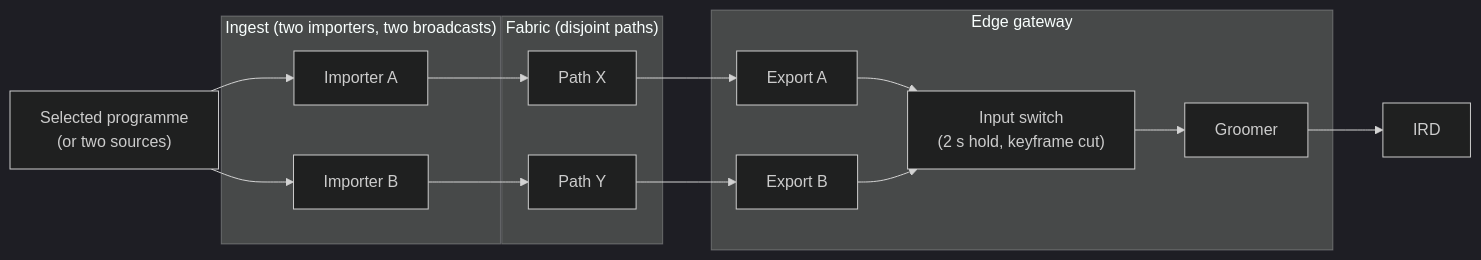
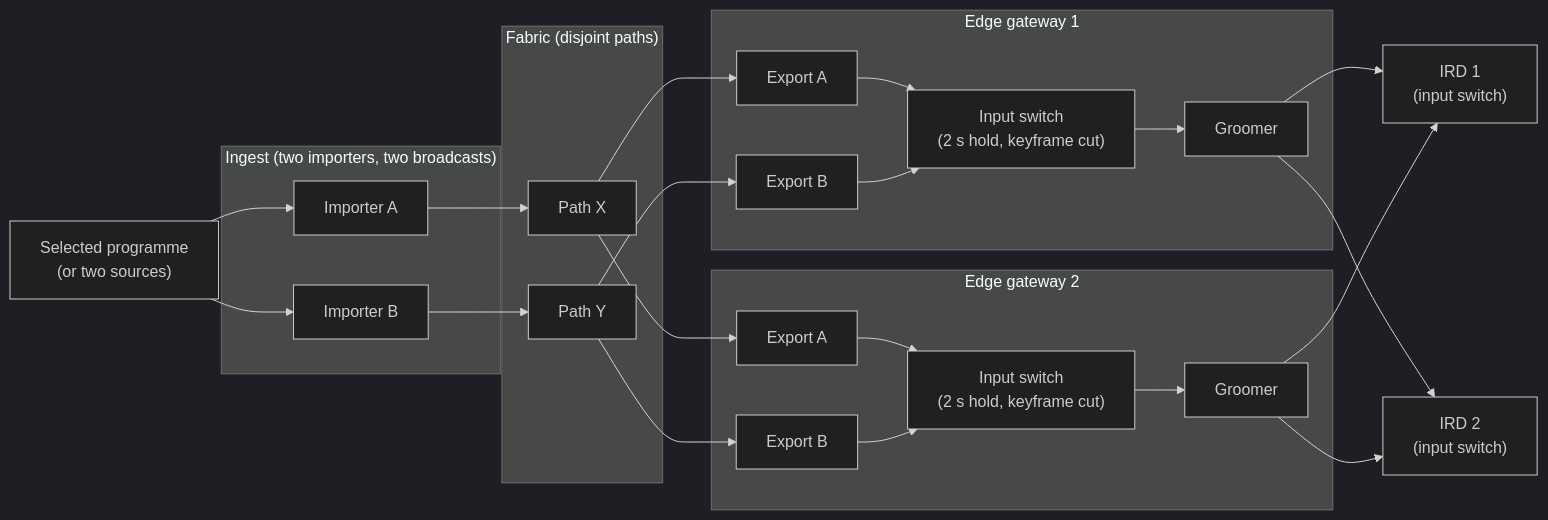
Before and after one commit to tdrapier-wbd/moq-mpegts-paper: the fourth of 4 diagrams in docs/architecture.md, drawn with Mermaid (dark theme). The commit also changed other lines of this file and 3 other files, not shown here.

First line of the commit message:
Architecture 5.2: the receive chain doubled

````diff
--- a/docs/architecture.md
+++ b/docs/architecture.md
@@ -354,21 +354,34 @@
 ```mermaid
 flowchart LR
     SRC["Selected programme\n(or two sources)"]
     subgraph Ingest["Ingest (two importers, two broadcasts)"]
         PA["Importer A"]
         PB["Importer B"]
     end
     subgraph Fabric["Fabric (disjoint paths)"]
         RX["Path X"]
         RY["Path Y"]
     end
-    subgraph Edge["Edge gateway"]
-        XA["Export A"] --> SW["Input switch\n(2 s hold, keyframe cut)"]
-        XB["Export B"] --> SW
-        SW --> GR["Groomer"]
+    subgraph Edge1["Edge gateway 1"]
+        XA1["Export A"] --> SW1["Input switch\n(2 s hold, keyframe cut)"]
+        XB1["Export B"] --> SW1
+        SW1 --> GR1["Groomer"]
     end
-    IRD["IRD"]
-    SRC --> PA --> RX --> XA
-    SRC --> PB --> RY --> XB
-    GR --> IRD
+    subgraph Edge2["Edge gateway 2"]
+        XA2["Export A"] --> SW2["Input switch\n(2 s hold, keyframe cut)"]
+        XB2["Export B"] --> SW2
+        SW2 --> GR2["Groomer"]
+    end
+    IRD1["IRD 1\n(input switch)"]
+    IRD2["IRD 2\n(input switch)"]
+    SRC --> PA --> RX
+    SRC --> PB --> RY
+    RX --> XA1
+    RX --> XA2
+    RY --> XB1
+    RY --> XB2
+    GR1 --> IRD1
+    GR1 --> IRD2
+    GR2 --> IRD1
+    GR2 --> IRD2
 ```
````
